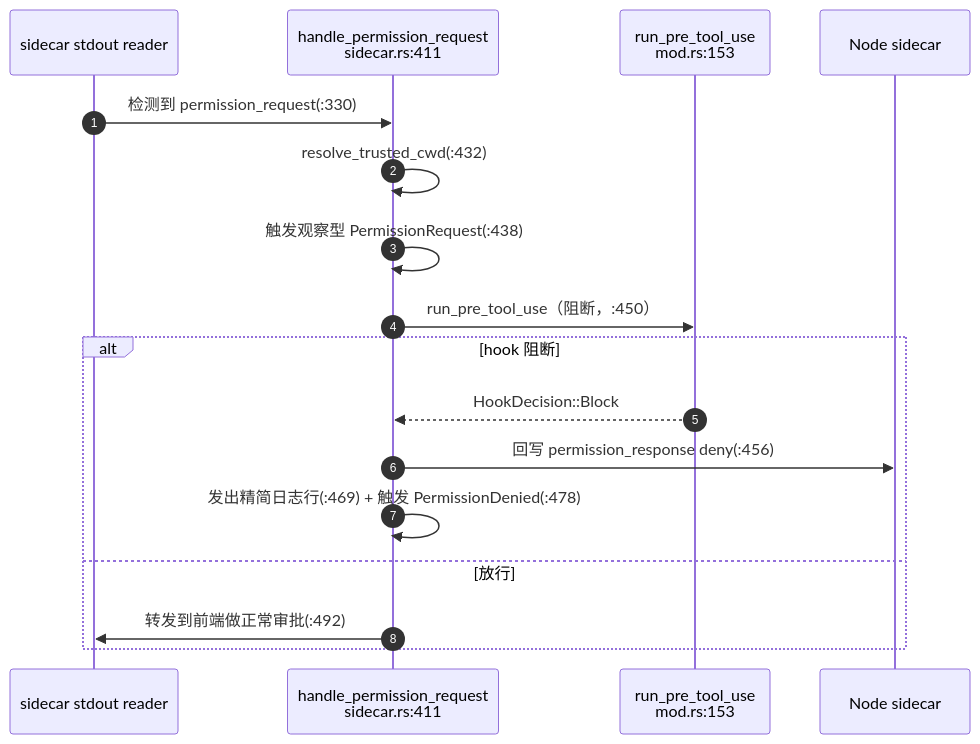
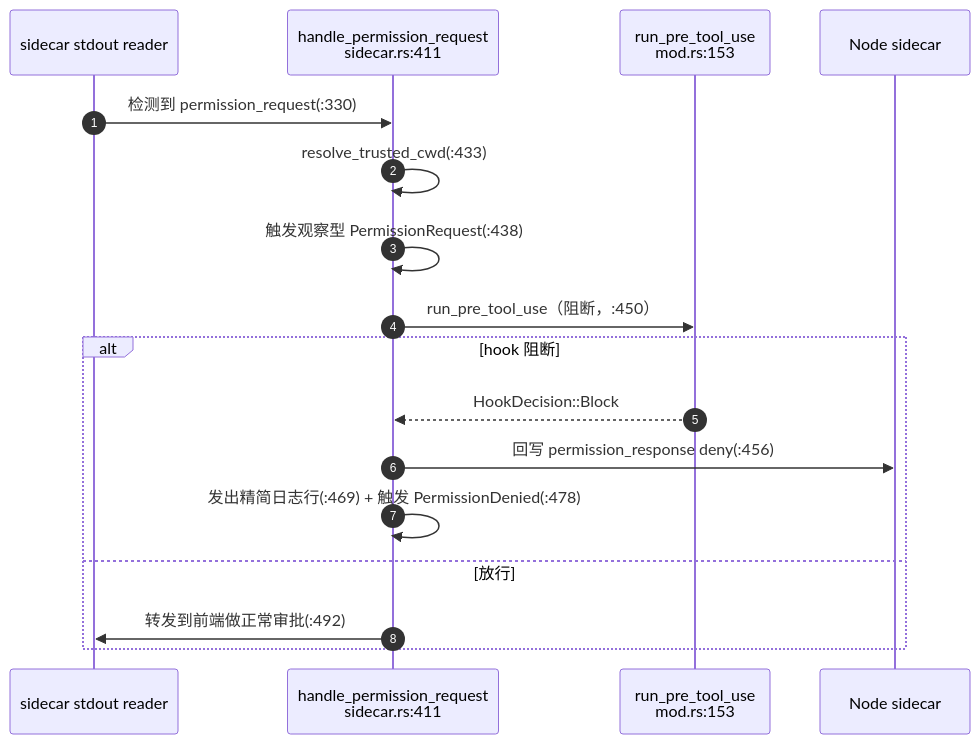
Before and after one commit to MaxQian888/cognia-next: the second of 3 diagrams in docs/content/docs/zh/chat/built-in-agent/hooks.mdx, drawn with Mermaid. The commit also changed other lines of this file and 17 other files, not shown here.

````diff
--- a/docs/content/docs/zh/chat/built-in-agent/hooks.mdx
+++ b/docs/content/docs/zh/chat/built-in-agent/hooks.mdx
@@ -76,20 +76,20 @@
 ```mermaid
 sequenceDiagram
   autonumber
   participant SC as sidecar stdout reader
   participant HP as handle_permission_request<br/>sidecar.rs:411
   participant HK as run_pre_tool_use<br/>mod.rs:153
   participant SK as Node sidecar
 
   SC->>HP: 检测到 permission_request(:330)
-  HP->>HP: resolve_trusted_cwd(:432)
+  HP->>HP: resolve_trusted_cwd(:433)
   HP->>HP: 触发观察型 PermissionRequest(:438)
   HP->>HK: run_pre_tool_use（阻断，:450）
   alt hook 阻断
     HK-->>HP: HookDecision::Block
     HP->>SK: 回写 permission_response deny(:456)
     HP->>HP: 发出精简日志行(:469) + 触发 PermissionDenied(:478)
   else 放行
     HP->>SC: 转发到前端做正常审批(:492)
   end
 ```
````
